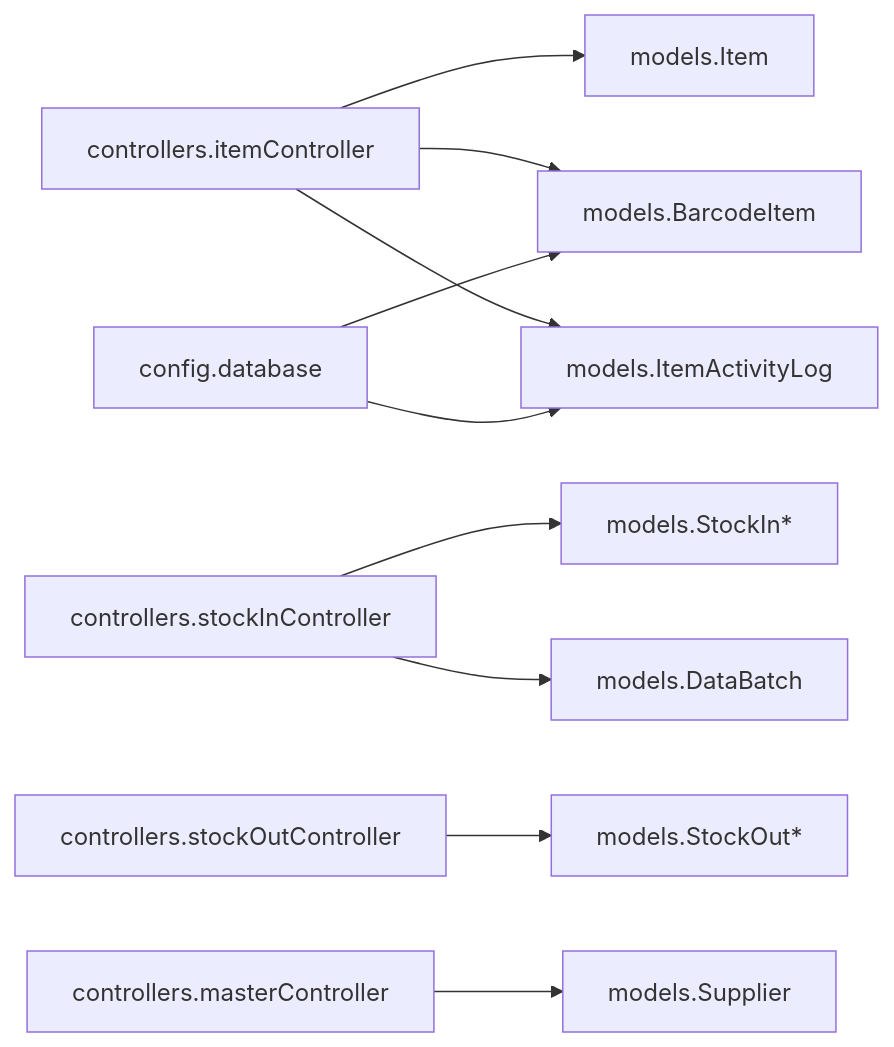
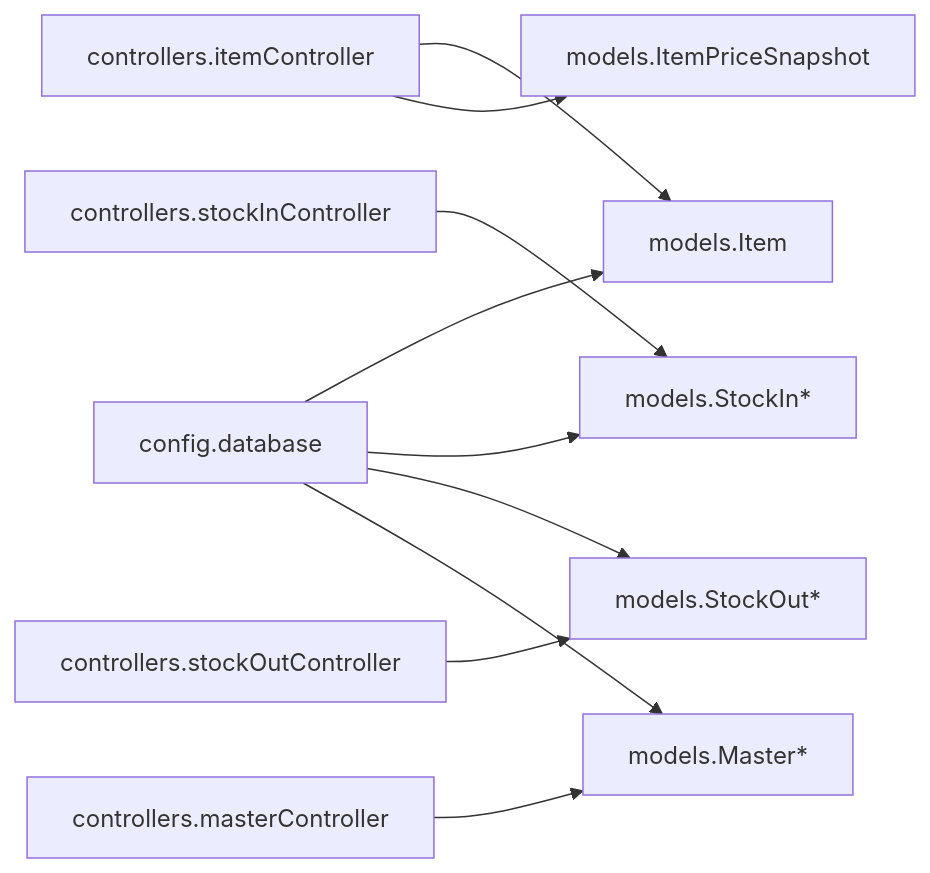
Before and after one commit to haidarqawama/PPA-klinik-amc: the tenth of 10 diagrams in .qoder/repowiki/en/content/Backend Architecture/Data Models & ORM Mapping.md, drawn with Mermaid. The commit also changed other lines of this file and 58 other files, not shown here.

````diff
--- a/.qoder/repowiki/en/content/Backend Architecture/Data Models & ORM Mapping.md
+++ b/.qoder/repowiki/en/content/Backend Architecture/Data Models & ORM Mapping.md
@@ -531,12 +577,12 @@
 ```mermaid
 graph LR
 C1["controllers.itemController"] --> M1["models.Item"]
-C1 --> M2["models.BarcodeItem"]
-C1 --> M3["models.ItemActivityLog"]
-C2["controllers.stockInController"] --> M4["models.StockIn*"]
-C2 --> M5["models.DataBatch"]
-C3["controllers.stockOutController"] --> M6["models.StockOut*"]
-C4["controllers.masterController"] --> M7["models.Supplier"]
-CFG["config.database"] --> M2
+C1 --> M2["models.ItemPriceSnapshot"]
+C2["controllers.stockInController"] --> M3["models.StockIn*"]
+C3["controllers.stockOutController"] --> M4["models.StockOut*"]
+C4["controllers.masterController"] --> M5["models.Master*"]
+CFG["config.database"] --> M1
 CFG --> M3
+CFG --> M4
+CFG --> M5
 ```
````
